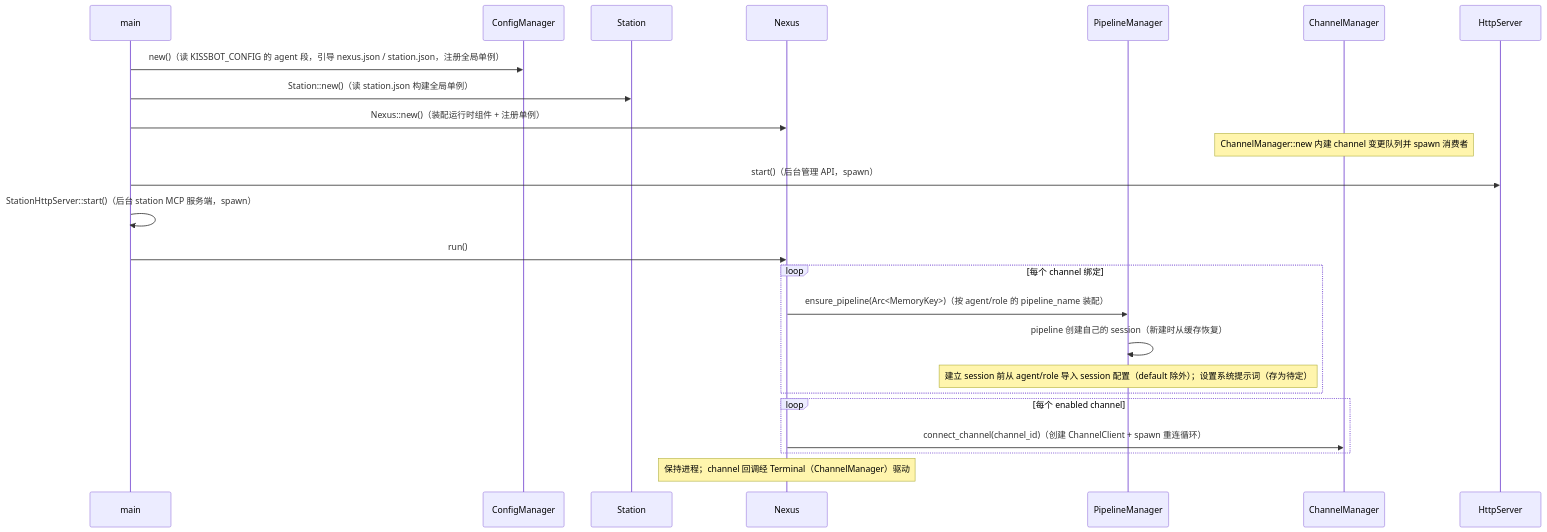
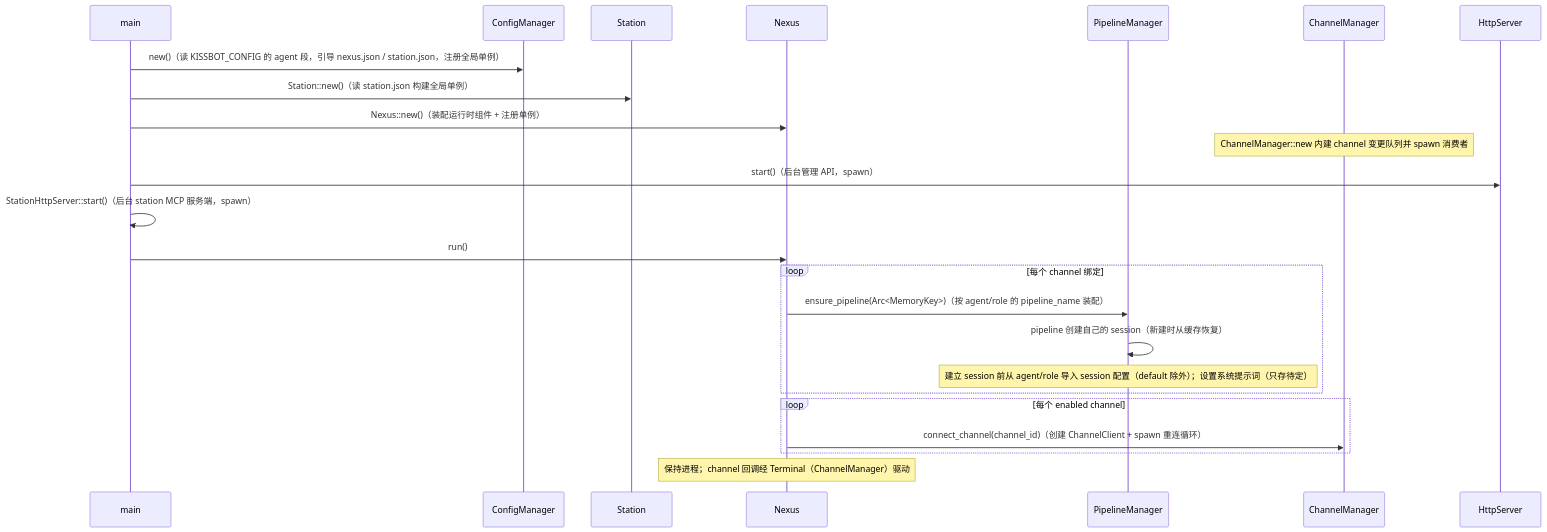
The second of 5 diagrams in docs/spec/agent-modules.md (coldcloude/kissbot), drawn with Mermaid before and after one commit. The commit also changed other lines of this file and 16 other files, not shown here.

````diff
--- a/docs/spec/agent-modules.md
+++ b/docs/spec/agent-modules.md
@@ -102,27 +102,27 @@
 ```mermaid
 sequenceDiagram
     participant main
     participant CFG as ConfigManager
     participant ST as Station
     participant CO as Nexus
     participant PLS as PipelineManager
     participant CHM as ChannelManager
     participant HS as HttpServer
 
     main->>CFG: new()（读 KISSBOT_CONFIG 的 agent 段，引导 nexus.json / station.json，注册全局单例）
     main->>ST: Station::new()（读 station.json 构建全局单例）
     main->>CO: Nexus::new()（装配运行时组件 + 注册单例）
     Note over CHM: ChannelManager::new 内建 channel 变更队列并 spawn 消费者
     main->>HS: start()（后台管理 API，spawn）
     main->>main: StationHttpServer::start()（后台 station MCP 服务端，spawn）
     main->>CO: run()
     loop 每个 channel 绑定
         CO->>PLS: ensure_pipeline(Arc<MemoryKey>)（按 agent/role 的 pipeline_name 装配）
         PLS->>PLS: pipeline 创建自己的 session（新建时从缓存恢复）
-        Note over PLS: 建立 session 前从 agent/role 导入 session 配置（default 除外）；设置系统提示词（存为待定）
+        Note over PLS: 建立 session 前从 agent/role 导入 session 配置（default 除外）；设置系统提示词（只存待定）
     end
     loop 每个 enabled channel
         CO->>CHM: connect_channel(channel_id)（创建 ChannelClient + spawn 重连循环）
     end
     Note over CO: 保持进程；channel 回调经 Terminal（ChannelManager）驱动
 ```
````
